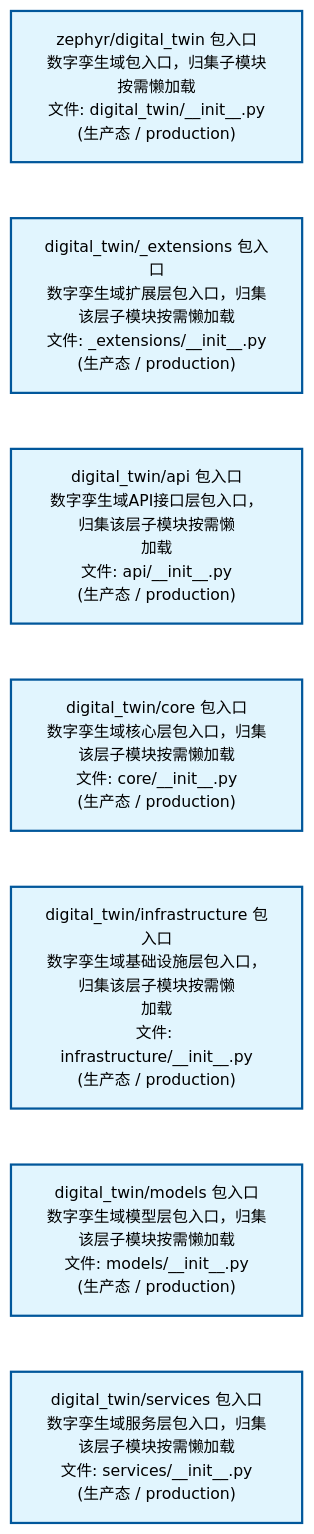
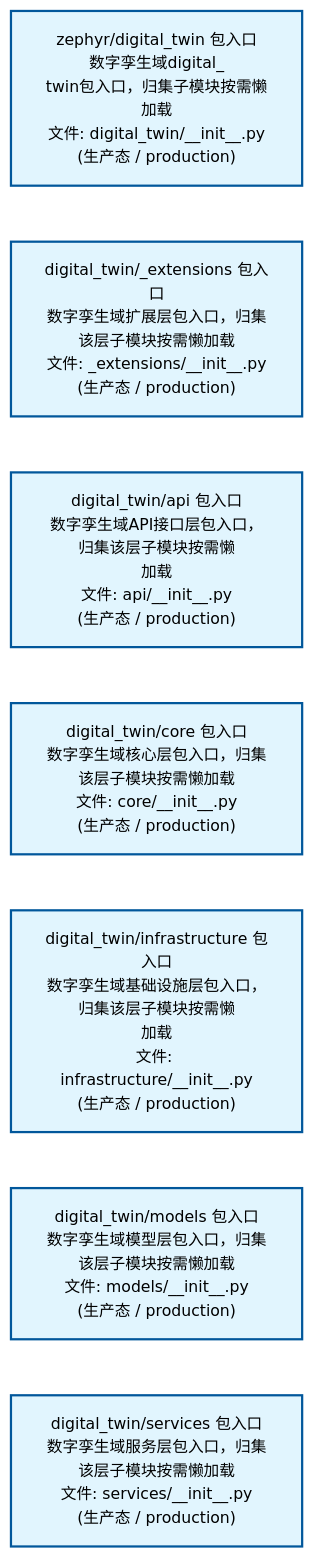
One commit to xuanFelixVan/ZephyrAlpha changed the first of 2 diagrams in docs/02_enterprise_architecture/02_domain_architecture_docs/42_d_digital_twin.md. Above: the diagram before and after it, drawn with Mermaid. The commit also changed other lines of this file and 60 other files, not shown here.

````diff
--- a/docs/02_enterprise_architecture/02_domain_architecture_docs/42_d_digital_twin.md
+++ b/docs/02_enterprise_architecture/02_domain_architecture_docs/42_d_digital_twin.md
@@ -53,22 +53,22 @@
 ```mermaid
 %%{init: {'theme': 'base', 'themeVariables': {'primaryColor': '#eaeaea', 'primaryTextColor': '#333333', 'primaryBorderColor': '#666666', 'lineColor': '#666666', 'secondaryColor': '#eaeaea', 'tertiaryColor': '#eaeaea', 'fontSize': '14px'}}}%%
 flowchart TD
-    src_zephyr_digital_twin_init_py["zephyr/digital_twin 包入口<br/>数字孪生域包入口，归集子模块按需懒加载<br/>文件: digital_twin/__init__.py<br/>(生产态 / production)"]
+    src_zephyr_digital_twin_init_py["zephyr/digital_twin 包入口<br/>数字孪生域digital_<br/>twin包入口，归集子模块按需懒加载<br/>文件: digital_twin/__init__.py<br/>(生产态 / production)"]
     src_zephyr_digital_twin_extensions_init_py["digital_twin/_extensions 包入口<br/>数字孪生域扩展层包入口，归集该层子模块按需懒加载<br/>文件: _extensions/__init__.py<br/>(生产态 / production)"]
     src_zephyr_digital_twin_api_init_py["digital_twin/api 包入口<br/>数字孪生域API接口层包入口，归集该层子模块按需懒<br/>加载<br/>文件: api/__init__.py<br/>(生产态 / production)"]
     src_zephyr_digital_twin_core_init_py["digital_twin/core 包入口<br/>数字孪生域核心层包入口，归集该层子模块按需懒加载<br/>文件: core/__init__.py<br/>(生产态 / production)"]
     src_zephyr_digital_twin_infrastructure_init_py["digital_twin/infrastructure 包入口<br/>数字孪生域基础设施层包入口，归集该层子模块按需懒<br/>加载<br/>文件: infrastructure/__init__.py<br/>(生产态 / production)"]
     src_zephyr_digital_twin_models_init_py["digital_twin/models 包入口<br/>数字孪生域模型层包入口，归集该层子模块按需懒加载<br/>文件: models/__init__.py<br/>(生产态 / production)"]
     src_zephyr_digital_twin_services_init_py["digital_twin/services 包入口<br/>数字孪生域服务层包入口，归集该层子模块按需懒加载<br/>文件: services/__init__.py<br/>(生产态 / production)"]
     src_zephyr_digital_twin_init_py ~~~ src_zephyr_digital_twin_extensions_init_py
     src_zephyr_digital_twin_extensions_init_py ~~~ src_zephyr_digital_twin_api_init_py
     src_zephyr_digital_twin_api_init_py ~~~ src_zephyr_digital_twin_core_init_py
     src_zephyr_digital_twin_core_init_py ~~~ src_zephyr_digital_twin_infrastructure_init_py
     src_zephyr_digital_twin_infrastructure_init_py ~~~ src_zephyr_digital_twin_models_init_py
     src_zephyr_digital_twin_models_init_py ~~~ src_zephyr_digital_twin_services_init_py
     classDef production fill:#e1f5fe,stroke:#01579b,stroke-width:2px,color:#000
     classDef design fill:#fff3e0,stroke:#e65100,stroke-width:2px,color:#000,stroke-dasharray: 5 5
     classDef external_prod fill:#e8f4fd,stroke:#0277bd,stroke-width:1px,color:#000
     classDef external_design fill:#fff8e7,stroke:#ef6c00,stroke-width:1px,color:#000,stroke-dasharray: 5 5
     class src_zephyr_digital_twin_init_py,src_zephyr_digital_twin_extensions_init_py,src_zephyr_digital_twin_api_init_py,src_zephyr_digital_twin_core_init_py,src_zephyr_digital_twin_infrastructure_init_py,src_zephyr_digital_twin_models_init_py,src_zephyr_digital_twin_services_init_py production
 ```
````
